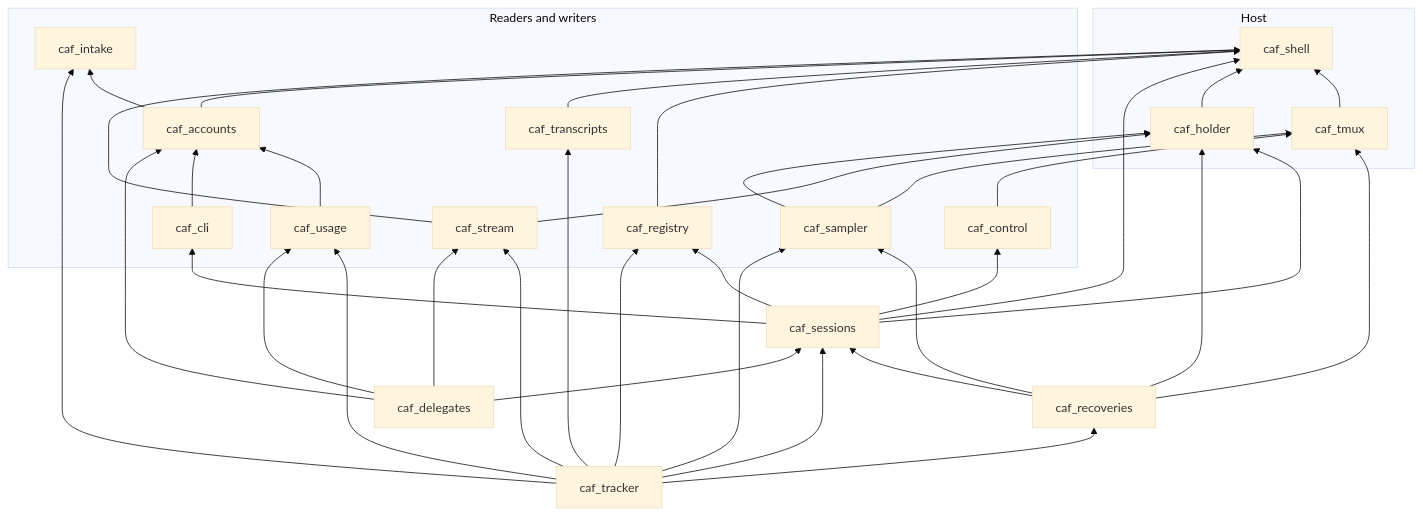
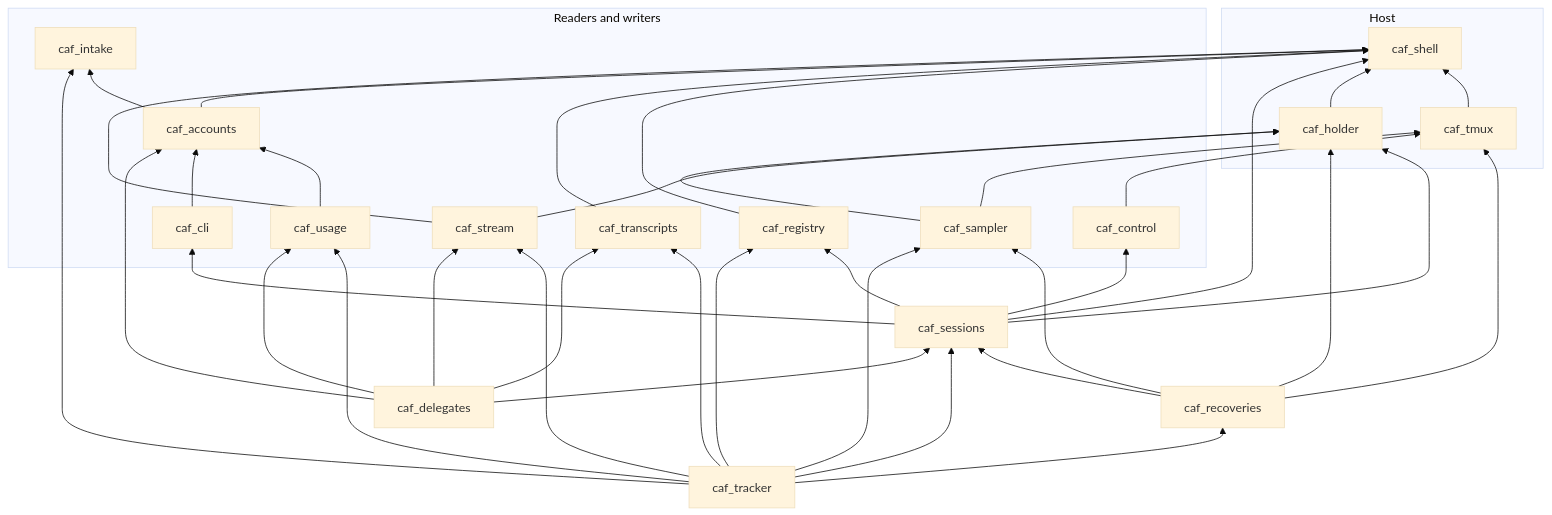
One commit to SushyDev/coding_agent_framework changed the second of 2 diagrams in README.md. Above: the diagram before and after it, drawn with Mermaid (base theme). The commit also changed other lines of this file and 9 other files, not shown here.

````diff
--- a/README.md
+++ b/README.md
@@ -81,58 +82,59 @@
 ```mermaid
 flowchart BT
   subgraph host_layer["Host"]
     shell[caf_shell]
     tmux[caf_tmux]
     holder[caf_holder]
   end
   subgraph io["Readers and writers"]
     registry[caf_registry]
     transcripts[caf_transcripts]
     intake[caf_intake]
     accounts[caf_accounts]
     usage[caf_usage]
     cli[caf_cli]
     control[caf_control]
     stream[caf_stream]
     sampler[caf_sampler]
   end
   sessions[caf_sessions]
   recoveries[caf_recoveries]
   tracker[caf_tracker]
   delegates[caf_delegates]
 
   tmux --> shell
   holder --> shell
   registry --> shell
   transcripts --> shell
   accounts --> shell
   accounts --> intake
   usage --> accounts
   cli --> accounts
   control --> tmux
   stream --> shell
   stream --> holder
   sampler --> tmux
   sampler --> holder
   sessions --> shell
   sessions --> holder
   sessions --> registry
   sessions --> cli
   sessions --> control
   recoveries --> tmux
   recoveries --> holder
   recoveries --> sampler
   recoveries --> sessions
   tracker --> registry
   tracker --> transcripts
   tracker --> intake
   tracker --> usage
   tracker --> stream
   tracker --> sampler
   tracker --> sessions
   tracker --> recoveries
   delegates --> accounts
   delegates --> usage
   delegates --> stream
   delegates --> sessions
+  delegates --> transcripts
 ```
````
